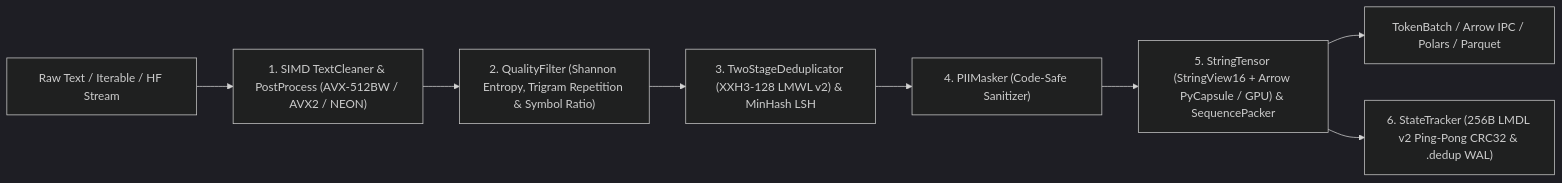
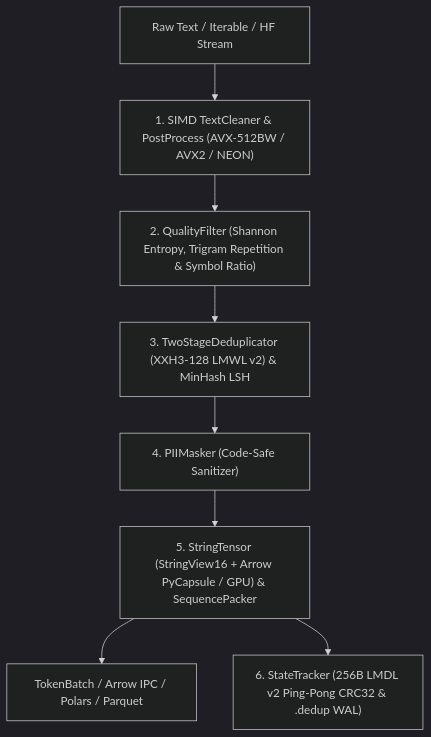
Before and after one commit to cloverx-id/luminamoon: the diagram in docs/dataloader/README.md, drawn with Mermaid (dark theme). The commit also changed other lines of this file and 52 other files, not shown here.

````diff
--- a/docs/dataloader/README.md
+++ b/docs/dataloader/README.md
@@ -11,10 +11,10 @@
 ```mermaid
-flowchart LR
+flowchart TD
     Input["Raw Text / Iterable / HF Stream"] --> Cleaner["1. SIMD TextCleaner & PostProcess (AVX-512BW / AVX2 / NEON)"]
     Cleaner --> Quality["2. QualityFilter (Shannon Entropy, Trigram Repetition & Symbol Ratio)"]
     Quality --> Dedup["3. TwoStageDeduplicator (XXH3-128 LMWL v2) & MinHash LSH"]
     Dedup --> Masker["4. PIIMasker (Code-Safe Sanitizer)"]
     Masker --> Tensor["5. StringTensor (StringView16 + Arrow PyCapsule / GPU) & SequencePacker"]
     Tensor --> Export["TokenBatch / Arrow IPC / Polars / Parquet"]
     Tensor --> Meta["6. StateTracker (256B LMDL v2 Ping-Pong CRC32 & .dedup WAL)"]
 ```
````
